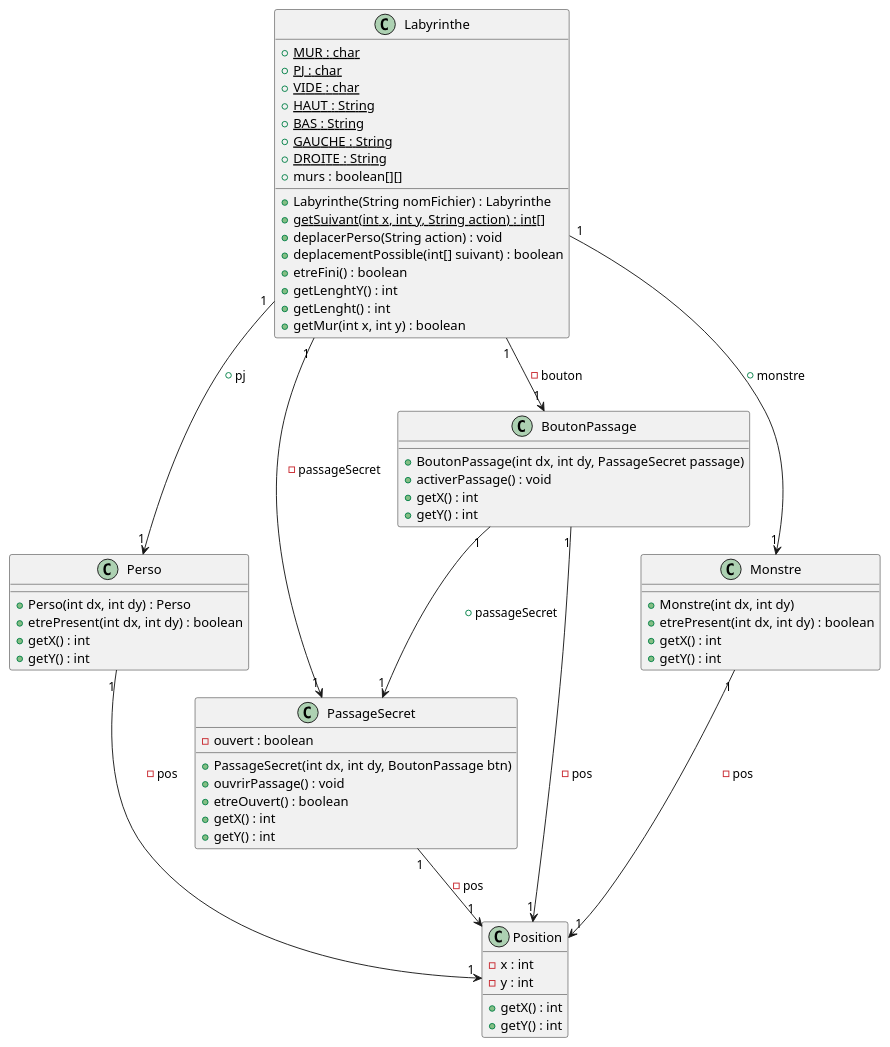
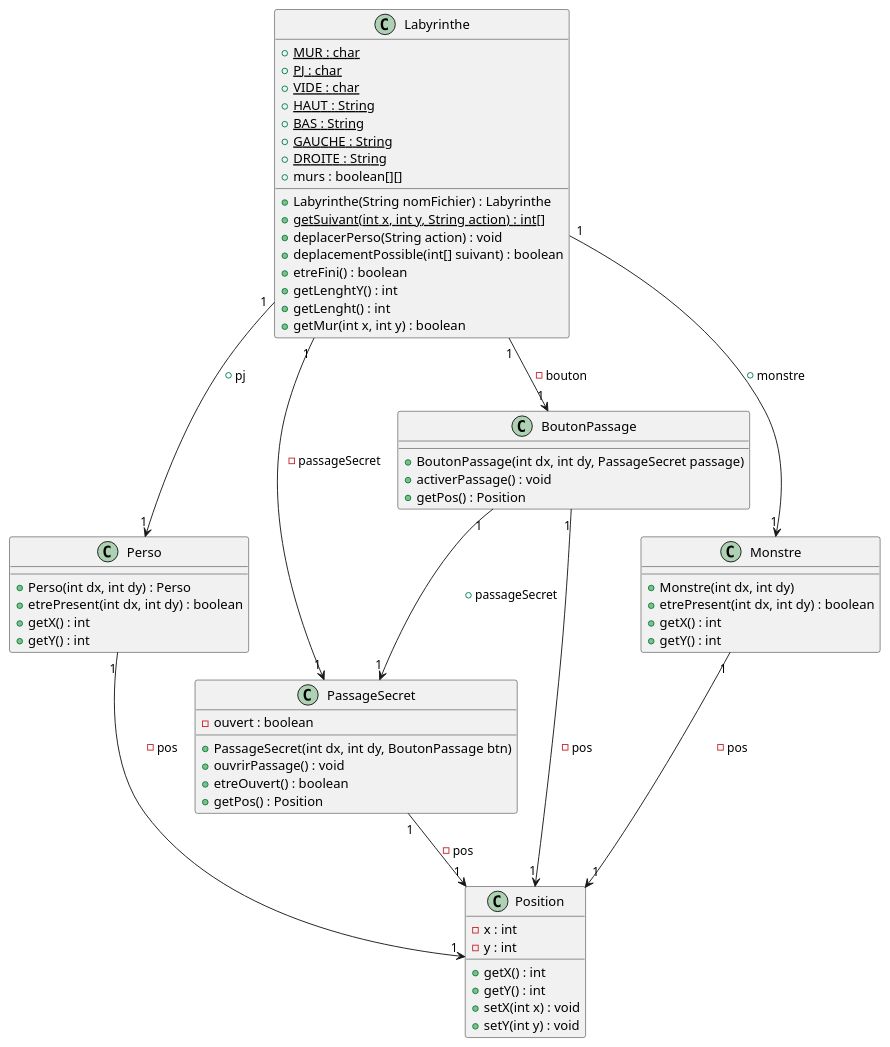
One commit to Zhi-Sheng-Trieu/2022_Zeldiablo_Doan_Oudin_Trieu_Noel changed the diagram in documents/version_2/diagClasseV2.puml. Above: the diagram before and after it, drawn with PlantUML.

Commit message:
Correction d'un diagramme de classe de la v2

```diff
--- a/documents/version_2/diagClasseV2.puml
+++ b/documents/version_2/diagClasseV2.puml
@@ -1,72 +1,72 @@
 @startuml
 
 class Labyrinthe{
     {static} +MUR : char
     {static} +PJ : char
     {static} +VIDE : char
     {static} +HAUT : String
     {static} +BAS : String
     {static} +GAUCHE : String
     {static} +DROITE : String
     +murs : boolean[][]
 
     +Labyrinthe(String nomFichier) : Labyrinthe
     {static}+getSuivant(int x, int y, String action) : int[]
     +deplacerPerso(String action) : void
     +deplacementPossible(int[] suivant) : boolean
     +etreFini() : boolean
     +getLenghtY() : int
     +getLenght() : int
     +getMur(int x, int y) : boolean
 
 
 }
 class Perso {
     +Perso(int dx, int dy) : Perso
     +etrePresent(int dx, int dy) : boolean
     +getX() : int
     +getY() : int
 }
 
 class PassageSecret {
     -ouvert : boolean
     +PassageSecret(int dx, int dy, BoutonPassage btn)
     +ouvrirPassage() : void
     +etreOuvert() : boolean
-    +getX() : int
-    +getY() : int
+    +getPos() : Position
 }
 
 class BoutonPassage {
     +BoutonPassage(int dx, int dy, PassageSecret passage)
     +activerPassage() : void
-    +getX() : int
-    +getY() : int
+    +getPos() : Position
 }
 
 class Position {
     -x : int
     -y : int
     +getX() : int
     +getY() : int
+    +setX(int x) : void
+    +setY(int y) : void
 }
 
 class Monstre{
     +Monstre(int dx, int dy)
     +etrePresent(int dx, int dy) : boolean
     +getX() : int
     +getY() : int
 }
 
 Labyrinthe "1"-->"1" Perso : +pj
 Labyrinthe "1"-->"1" Monstre : +monstre
 Labyrinthe "1"-->"1" PassageSecret : -passageSecret
 BoutonPassage "1"-->"1" PassageSecret : +passageSecret
 Labyrinthe "1"-->"1" BoutonPassage : -bouton
 Perso "1"-->"1" Position : -pos
 Monstre "1"-->"1" Position : -pos
 PassageSecret "1"-->"1" Position : -pos
 BoutonPassage "1"-->"1" Position : -pos
 
 
 @enduml
```
